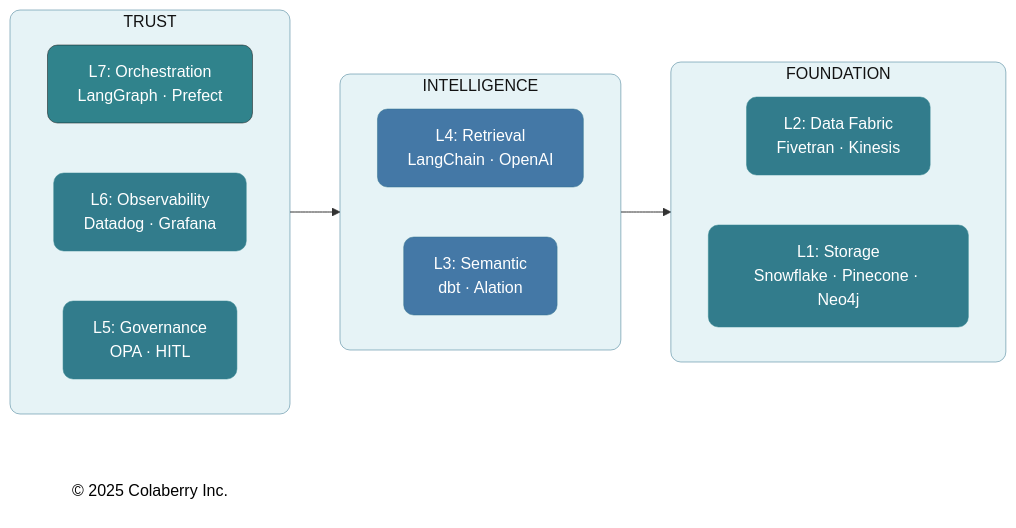
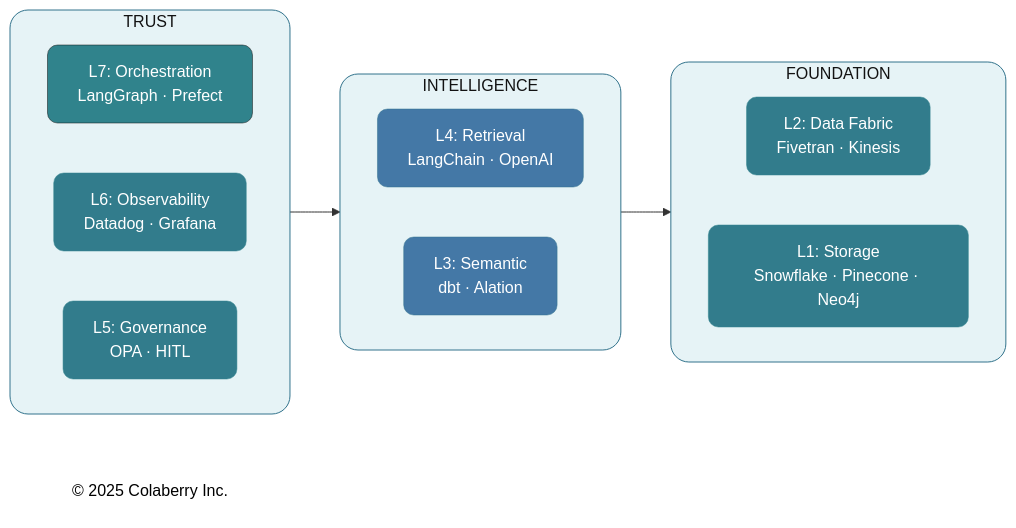
The fifth of 5 diagrams in manuscript/12_chapter_11_technology_selection_guide_v1_2.md (saitejesh-cyber/trust-before-intelligence-book), drawn with Mermaid before and after one commit. The commit also changed other lines of this file and 12 other files, not shown here.

````diff
--- a/manuscript/12_chapter_11_technology_selection_guide_v1_2.md
+++ b/manuscript/12_chapter_11_technology_selection_guide_v1_2.md
@@ -1395,39 +1395,39 @@
 ```mermaid
 
 graph LR
     subgraph TRUST["TRUST"]
         direction LR
         L7["L7: Orchestration<br/>LangGraph · Prefect"]
         L6["L6: Observability<br/>Datadog · Grafana"]
         L5["L5: Governance<br/>OPA · HITL"]
     end
     
     subgraph INTEL["INTELLIGENCE"]
         direction LR
         L4["L4: Retrieval<br/>LangChain · OpenAI"]
         L3["L3: Semantic<br/>dbt · Alation"]
     end
     
     subgraph FOUND["FOUNDATION"]
         direction LR
         L2["L2: Data Fabric<br/>Fivetran · Kinesis"]
         L1["L1: Storage<br/>Snowflake · Pinecone · Neo4j"]
     end
     
     Copyright["© 2025 Colaberry Inc."]
     
     TRUST --> INTEL --> FOUND
     
-    style TRUST fill:#E6F3F6,stroke:#32738C,stroke-width:0.5px,color:#121212,rx:10,ry:10
-    style INTEL fill:#E6F3F6,stroke:#32738C,stroke-width:0.5px,color:#121212,rx:10,ry:10
-    style FOUND fill:#E6F3F6,stroke:#32738C,stroke-width:0.5px,color:#121212,rx:10,ry:10
+    style TRUST fill:#E6F3F6,stroke:#32738C,stroke-width:1px,color:#121212,rx:18,ry:18
+    style INTEL fill:#E6F3F6,stroke:#32738C,stroke-width:1px,color:#121212,rx:18,ry:18
+    style FOUND fill:#E6F3F6,stroke:#32738C,stroke-width:1px,color:#121212,rx:18,ry:18
     style L7 fill:#30838C,stroke:#0D0D0D,stroke-width:0.5px,color:#ffffff,rx:10,ry:10
     style L6 fill:#327C8C,stroke:#30838C,stroke-width:0.5px,color:#ffffff,rx:10,ry:10
     style L5 fill:#327C8C,stroke:#30838C,stroke-width:0.5px,color:#ffffff,rx:10,ry:10
     style L4 fill:#4478A6,stroke:#32738C,stroke-width:0.5px,color:#ffffff,rx:10,ry:10
     style L3 fill:#4478A6,stroke:#32738C,stroke-width:0.5px,color:#ffffff,rx:10,ry:10
     style L2 fill:#327C8C,stroke:#30838C,stroke-width:0.5px,color:#ffffff,rx:10,ry:10
     style L1 fill:#327C8C,stroke:#30838C,stroke-width:0.5px,color:#ffffff,rx:10,ry:10
     style Copyright fill:none,stroke:none,color:#000000
 
 ```
````
